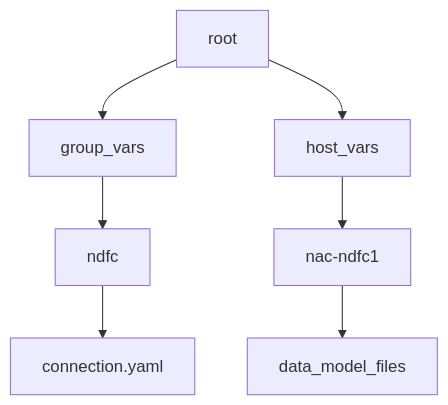
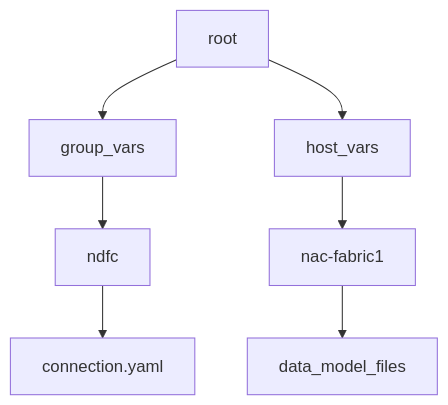
One commit to netascode/ansible-dc-vxlan-example changed the diagram in README.md. Above: the diagram before and after it, drawn with Mermaid. The commit also changed other lines of this file and 8 other files, not shown here.

First line of the commit message:
Update example fabric name from nac-ndfc1 to be nac-fabric1 (#33)

````diff
--- a/README.md
+++ b/README.md
@@ -128,9 +128,9 @@
 ```mermaid
 graph
   root-->group_vars
   root-->host_vars
   group_vars-->ndfc
   ndfc-->connection.yaml
-  host_vars-->nac-ndfc1
-  nac-ndfc1-->data_model_files
+  host_vars-->nac-fabric1
+  nac-fabric1-->data_model_files
 ```
````
